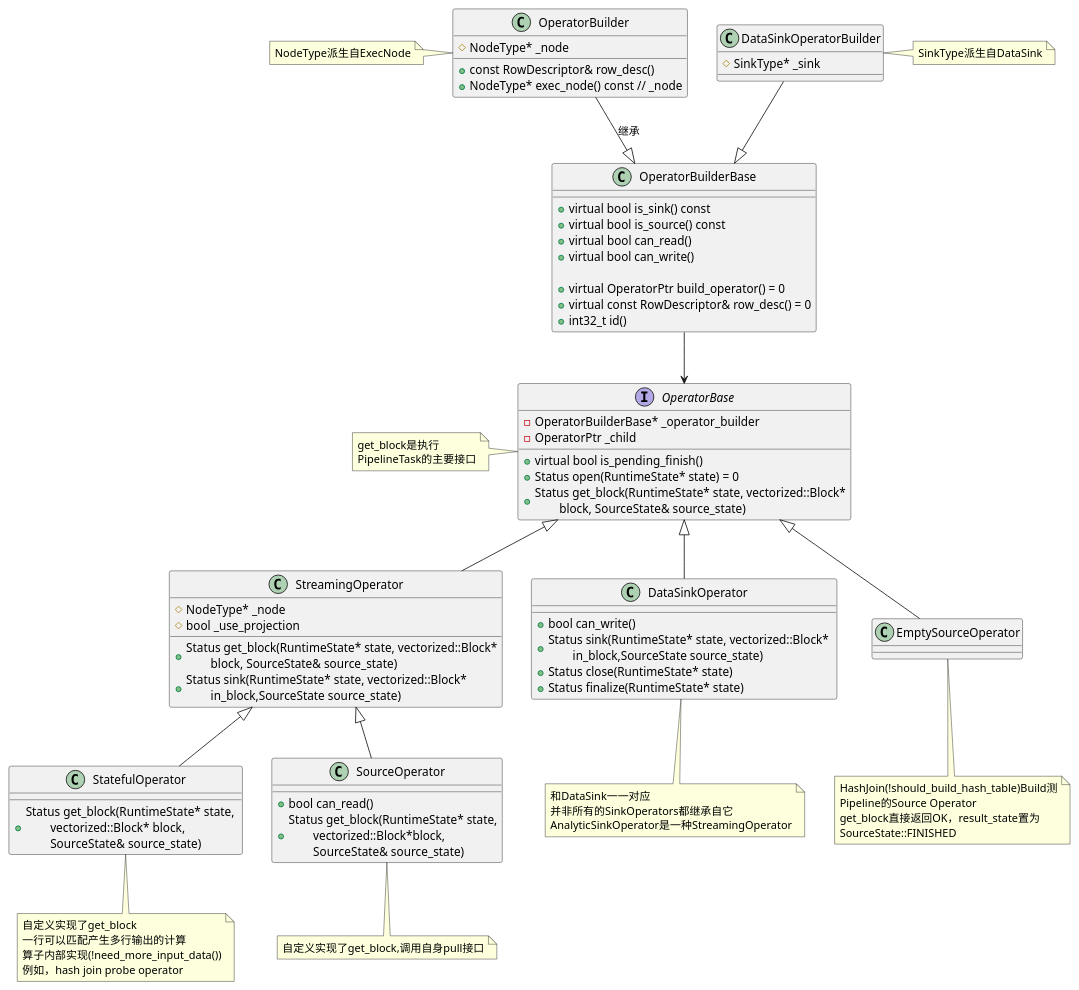
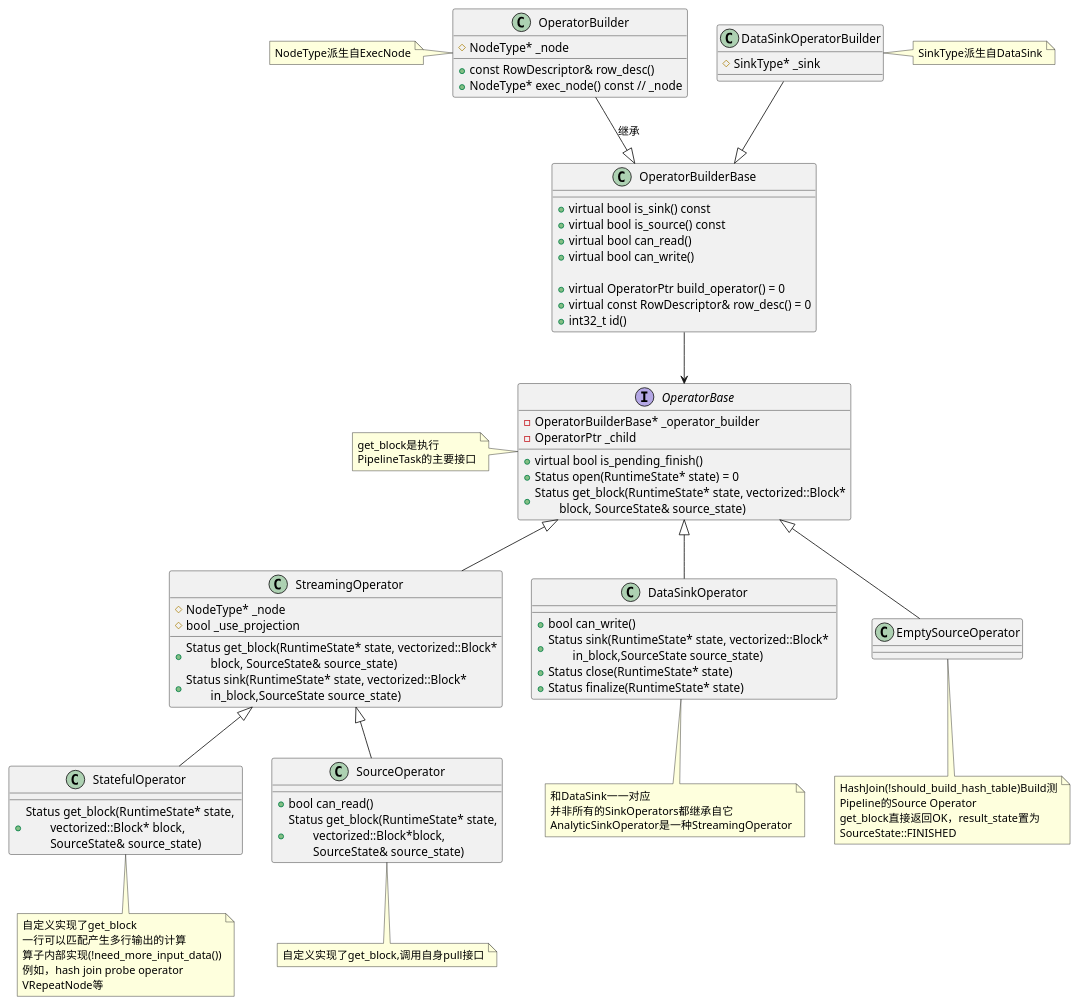
One commit to DepInjoy/geektime changed the fifth of 8 diagrams in doc/DB/Doris/SourceRead/11_01_Exec_Pipeline_Execution.md. Above: the diagram before and after it, drawn with PlantUML. The commit also changed other lines of this file and 1 other file, not shown here.

````diff
--- a/doc/DB/Doris/SourceRead/11_01_Exec_Pipeline_Execution.md
+++ b/doc/DB/Doris/SourceRead/11_01_Exec_Pipeline_Execution.md
@@ -505,76 +531,76 @@
 ```plantuml
 @startuml
 class OperatorBuilderBase {
     + virtual bool is_sink() const
     + virtual bool is_source() const
     + virtual bool can_read()
     + virtual bool can_write()
 
     + virtual OperatorPtr build_operator() = 0
     + virtual const RowDescriptor& row_desc() = 0
     + int32_t id()
 }
 
 class OperatorBuilder {
     # NodeType* _node
     + const RowDescriptor& row_desc()
     + NodeType* exec_node() const // _node
 }
 note left : NodeType派生自ExecNode
 
 class DataSinkOperatorBuilder {
     # SinkType* _sink
 }
 note right : SinkType派生自DataSink
 
 
 class StatefulOperator {
     + Status get_block(RuntimeState* state, \n\tvectorized::Block* block,\n\tSourceState& source_state)
 }
-note bottom of StatefulOperator: 自定义实现了get_block\n一行可以匹配产生多行输出的计算\n算子内部实现(!need_more_input_data())\n例如，hash join probe operator
+note bottom of StatefulOperator: 自定义实现了get_block\n一行可以匹配产生多行输出的计算\n算子内部实现(!need_more_input_data())\n例如，hash join probe operator\nVRepeatNode等
 class StreamingOperator {
     # NodeType* _node
     # bool _use_projection
     + Status get_block(RuntimeState* state, vectorized::Block*\n\tblock, SourceState& source_state)
     + Status sink(RuntimeState* state, vectorized::Block*\n\tin_block,SourceState source_state)
 }
 
 class SourceOperator {
     + bool can_read()
     + Status get_block(RuntimeState* state,\n\tvectorized::Block*block,\n\tSourceState& source_state)
 }
 note bottom : 自定义实现了get_block,调用自身pull接口
 
 class DataSinkOperator {
     + bool can_write()
     + Status sink(RuntimeState* state, vectorized::Block* \n\tin_block,SourceState source_state)
     + Status close(RuntimeState* state)
     + Status finalize(RuntimeState* state)
 }
 note bottom : 和DataSink一一对应\n并非所有的SinkOperators都继承自它\nAnalyticSinkOperator是一种StreamingOperator
 
 interface OperatorBase {
     - OperatorBuilderBase* _operator_builder
     - OperatorPtr _child
     + virtual bool is_pending_finish()
     + Status open(RuntimeState* state) = 0
     + Status get_block(RuntimeState* state, vectorized::Block*\n\tblock, SourceState& source_state)
 }
 note left : get_block是执行\nPipelineTask的主要接口
 
 class EmptySourceOperator {
 
 }
 note bottom: HashJoin(!should_build_hash_table)Build测\nPipeline的Source Operator\nget_block直接返回OK，result_state置为\nSourceState::FINISHED
 
 StatefulOperator -up-|> StreamingOperator
 SourceOperator -up-|> StreamingOperator
 StreamingOperator -up-|> OperatorBase
 DataSinkOperator -up-|> OperatorBase
 EmptySourceOperator -up-|> OperatorBase
 
 OperatorBuilderBase -down-> OperatorBase
 OperatorBuilder -down-|> OperatorBuilderBase : 继承
 DataSinkOperatorBuilder -down-|> OperatorBuilderBase
 @enduml
 ```
````
